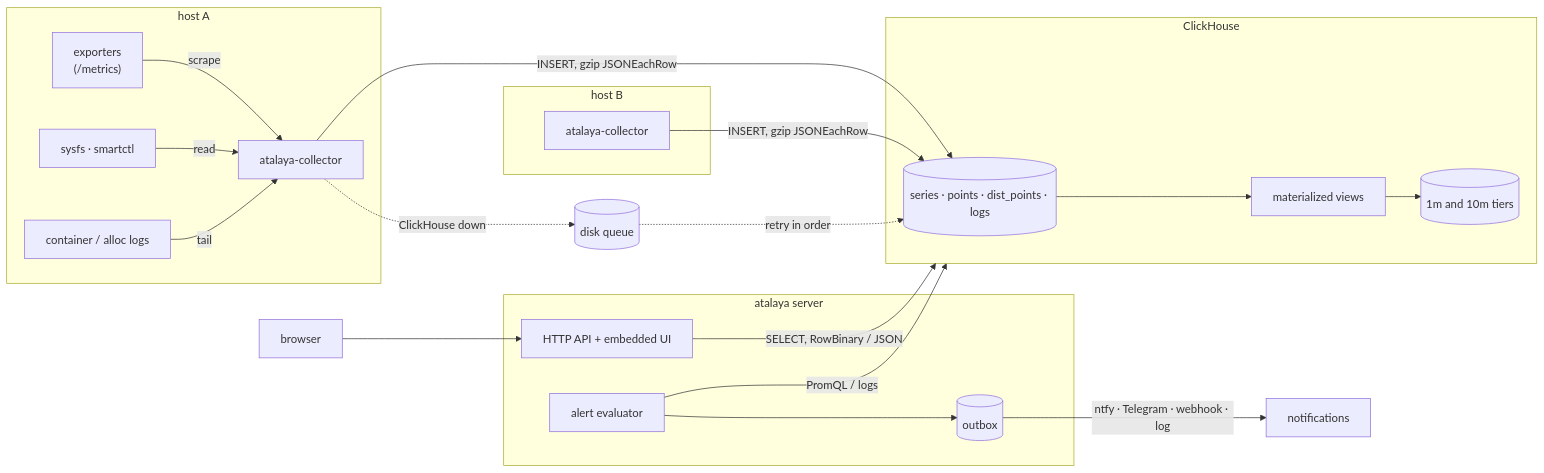
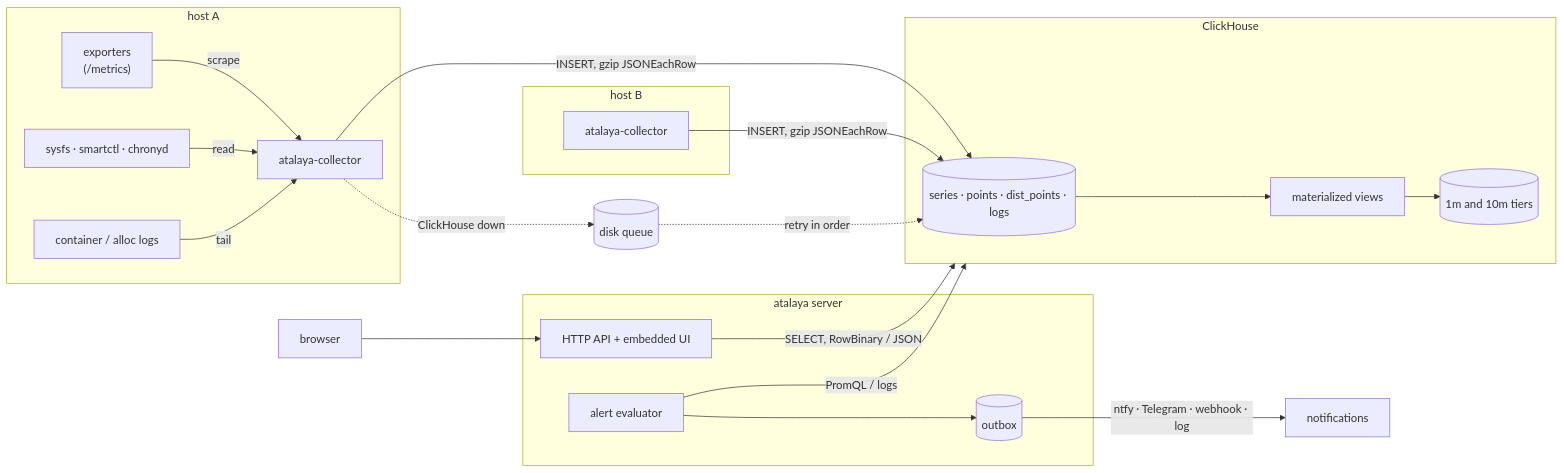
Before and after one commit to mariojcr/atalaya: the first of 4 diagrams in docs/architecture.md, drawn with Mermaid. The commit also changed other lines of this file and 7 other files, not shown here.

````diff
--- a/docs/architecture.md
+++ b/docs/architecture.md
@@ -3,35 +3,35 @@
 ```mermaid
 flowchart LR
     subgraph hostA["host A"]
         CA["atalaya-collector"]
         TA["exporters<br/>(/metrics)"]
-        SA["sysfs · smartctl"]
+        SA["sysfs · smartctl · chronyd"]
         LA["container / alloc logs"]
     end
     subgraph hostB["host B"]
         CB["atalaya-collector"]
     end
     TA -->|scrape| CA
     SA -->|read| CA
     LA -->|tail| CA
     CA -->|"INSERT, gzip JSONEachRow"| CH
     CB -->|"INSERT, gzip JSONEachRow"| CH
     CA -.->|"ClickHouse down"| QA[("disk queue")]
     QA -.->|retry in order| CH
     subgraph store["ClickHouse"]
         CH[("series · points · dist_points · logs")]
         MV["materialized views"]
         T[("1m and 10m tiers")]
         CH --> MV --> T
     end
     subgraph server["atalaya server"]
         API["HTTP API + embedded UI"]
         AL["alert evaluator"]
         OB[("outbox")]
         AL --> OB
     end
     API -->|"SELECT, RowBinary / JSON"| store
     AL -->|PromQL / logs| store
     OB -->|"ntfy · Telegram · webhook · log"| N["notifications"]
     U["browser"] --> API
 ```
````
